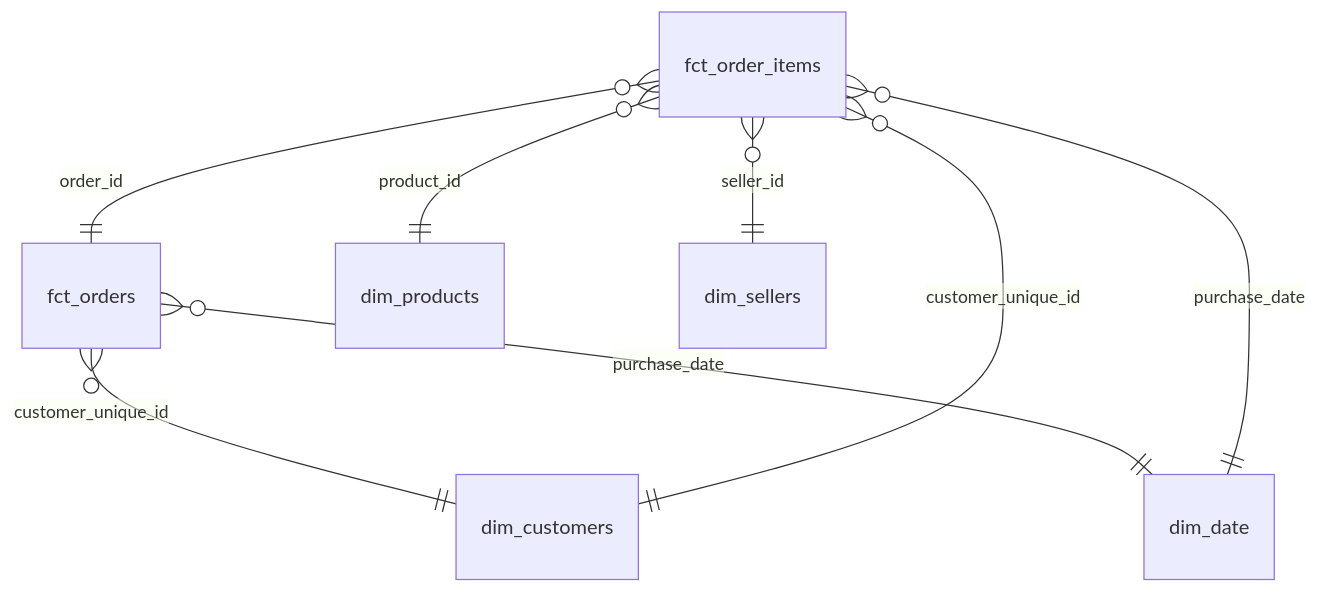
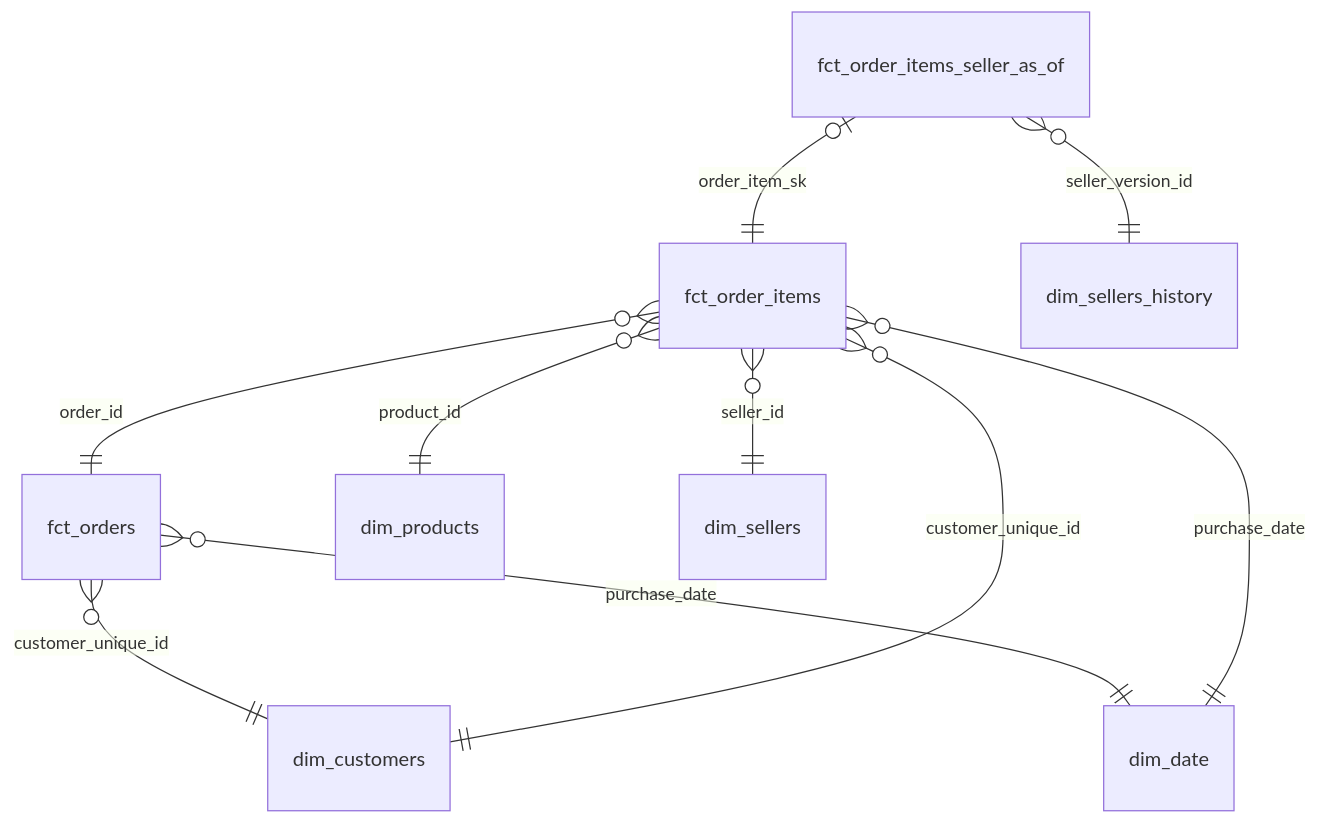
Before and after one commit to ShuCiG/olist-analytics-dbt: the second of 4 diagrams in README.md, drawn with Mermaid. The commit also changed other lines of this file and 6 other files, not shown here.

First line of the commit message:
feat: dim_sellers_history and point-in-time seller join (D67)

````diff
--- a/README.md
+++ b/README.md
@@ -139,10 +139,12 @@
 ```mermaid
 erDiagram
     fct_orders }o--|| dim_customers : customer_unique_id
     fct_orders }o--|| dim_date : purchase_date
     fct_order_items }o--|| fct_orders : order_id
     fct_order_items }o--|| dim_products : product_id
     fct_order_items }o--|| dim_sellers : seller_id
     fct_order_items }o--|| dim_customers : customer_unique_id
+    fct_order_items_seller_as_of |o--|| fct_order_items : order_item_sk
+    fct_order_items_seller_as_of }o--|| dim_sellers_history : seller_version_id
     fct_order_items }o--|| dim_date : purchase_date
 ```
````
